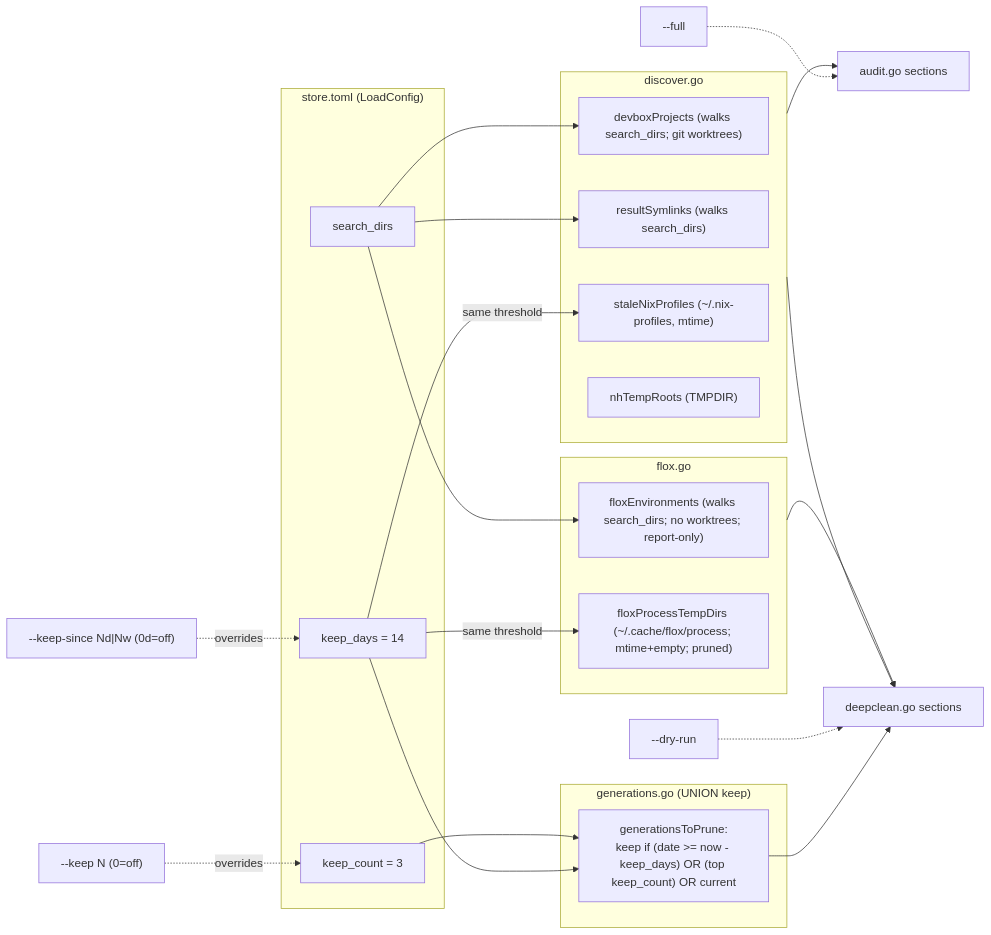
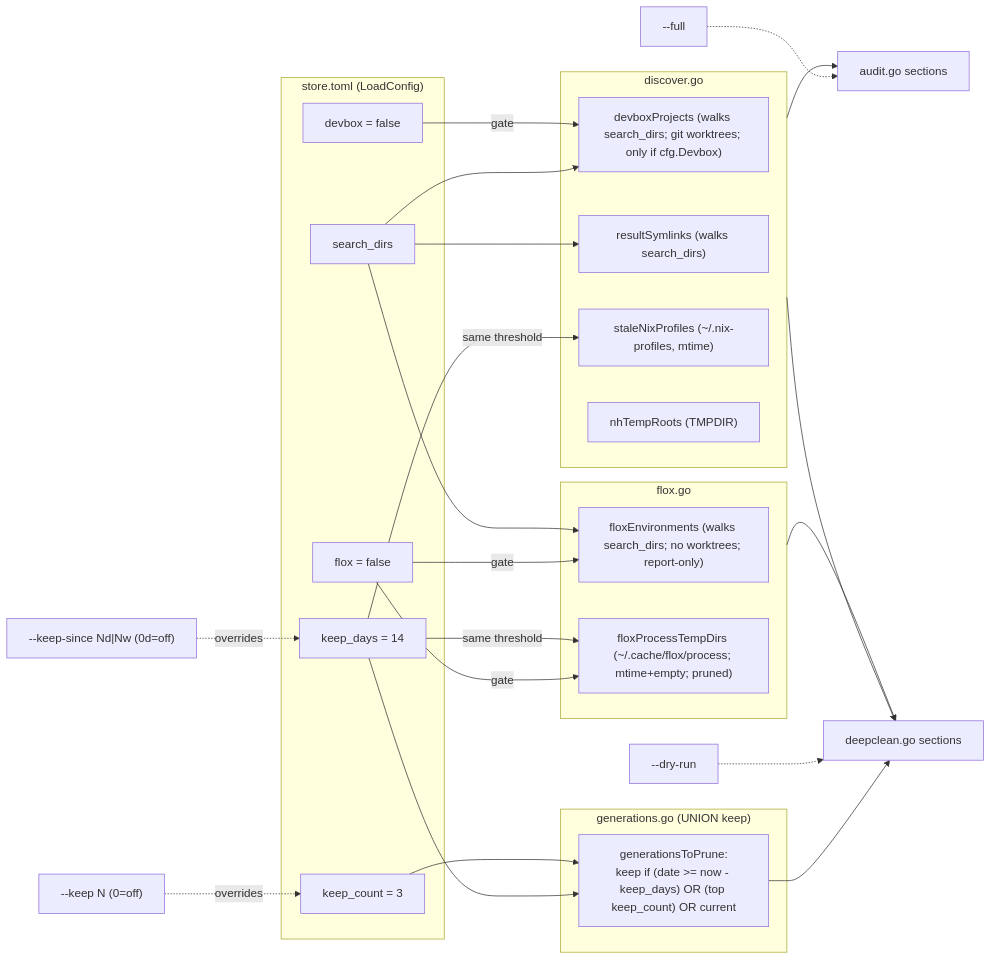
One commit to phillipgreenii/nix-repo-base changed the second of 2 diagrams in docs/pn-store.md. Above: the diagram before and after it, drawn with Mermaid. The commit also changed other lines of this file and 8 other files, not shown here.

First line of the commit message:
feat(pn): add devbox and flox toggles to store deepclean and audit

````diff
--- a/docs/pn-store.md
+++ b/docs/pn-store.md
@@ -216,42 +240,47 @@
 ```mermaid
 flowchart LR
     subgraph CONFIG["store.toml (LoadConfig)"]
         SD["search_dirs"]
         KD["keep_days = 14"]
         KC["keep_count = 3"]
+        DB["devbox = false"]
+        FX["flox = false"]
     end
 
     subgraph DISCOVERY["discover.go"]
-        DDP["devboxProjects (walks search_dirs; git worktrees)"]
+        DDP["devboxProjects (walks search_dirs; git worktrees; only if cfg.Devbox)"]
         DRS["resultSymlinks (walks search_dirs)"]
         DSNP["staleNixProfiles (~/.nix-profiles, mtime)"]
         DNH["nhTempRoots (TMPDIR)"]
     end
 
     subgraph FLOXD["flox.go"]
         DFE["floxEnvironments (walks search_dirs; no worktrees; report-only)"]
         DFTD["floxProcessTempDirs (~/.cache/flox/process; mtime+empty; pruned)"]
     end
 
     SD --> DDP
+    DB -->|gate| DDP
+    FX -->|gate| DFE
+    FX -->|gate| DFTD
     SD --> DRS
     SD --> DFE
 
     subgraph RETENTION["generations.go (UNION keep)"]
         GP["generationsToPrune:<br/>keep if (date >= now - keep_days) OR (top keep_count) OR current"]
     end
     KD --> GP
     KC --> GP
     KD -->|"same threshold"| DSNP
     KD -->|"same threshold"| DFTD
 
     DISCOVERY --> AUDIT["audit.go sections"]
     DISCOVERY --> CLEAN["deepclean.go sections"]
     FLOXD --> CLEAN
     GP --> CLEAN
 
     KS["--keep-since Nd|Nw (0d=off)"] -.overrides.-> KD
     K["--keep N (0=off)"] -.overrides.-> KC
     FULL["--full"] -.-> AUDIT
     DRY["--dry-run"] -.-> CLEAN
 ```
````
